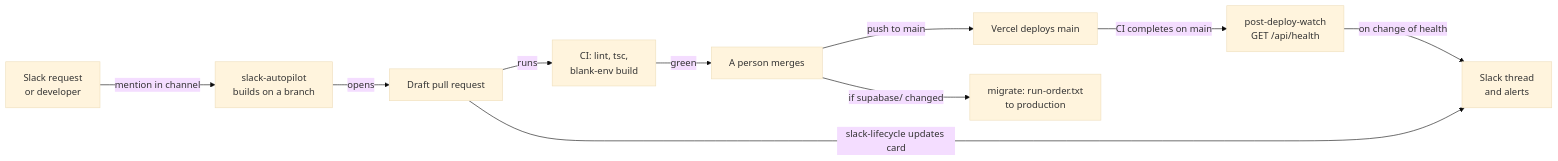
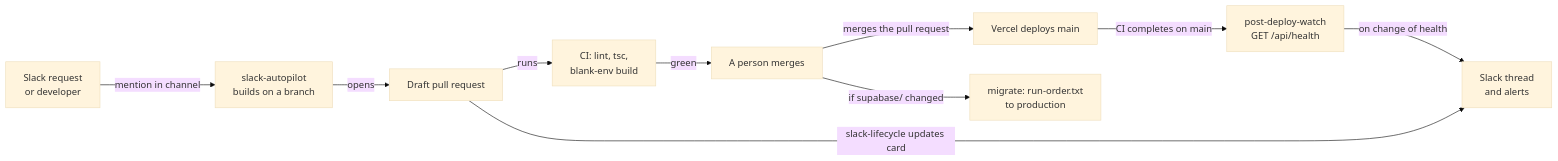
The sixth of 6 diagrams in docs/ARCHITECTURE.md (raviteja0012/robinsons-store), drawn with Mermaid (base theme) before and after one commit. The commit also changed other lines of this file and 2 other files, not shown here.

Commit message:
Record the AI usage log and the main ruleset in the architecture

````diff
--- a/docs/ARCHITECTURE.md
+++ b/docs/ARCHITECTURE.md
@@ -298,21 +317,21 @@
 ```mermaid
 flowchart LR
   REQ["Slack request<br/>or developer"]
   AP["slack-autopilot<br/>builds on a branch"]
   PR["Draft pull request"]
   CI["CI: lint, tsc,<br/>blank-env build"]
   HUM["A person merges"]
   VD["Vercel deploys main"]
   MIG["migrate: run-order.txt<br/>to production"]
   WD["post-deploy-watch<br/>GET /api/health"]
   SLK["Slack thread<br/>and alerts"]
   REQ -- "mention in channel" --> AP
   AP -- "opens" --> PR
   PR -- "runs" --> CI
   CI -- "green" --> HUM
-  HUM -- "push to main" --> VD
+  HUM -- "merges the pull request" --> VD
   HUM -- "if supabase/ changed" --> MIG
   VD -- "CI completes on main" --> WD
   WD -- "on change of health" --> SLK
   PR -- "slack-lifecycle updates card" --> SLK
 ```
````
